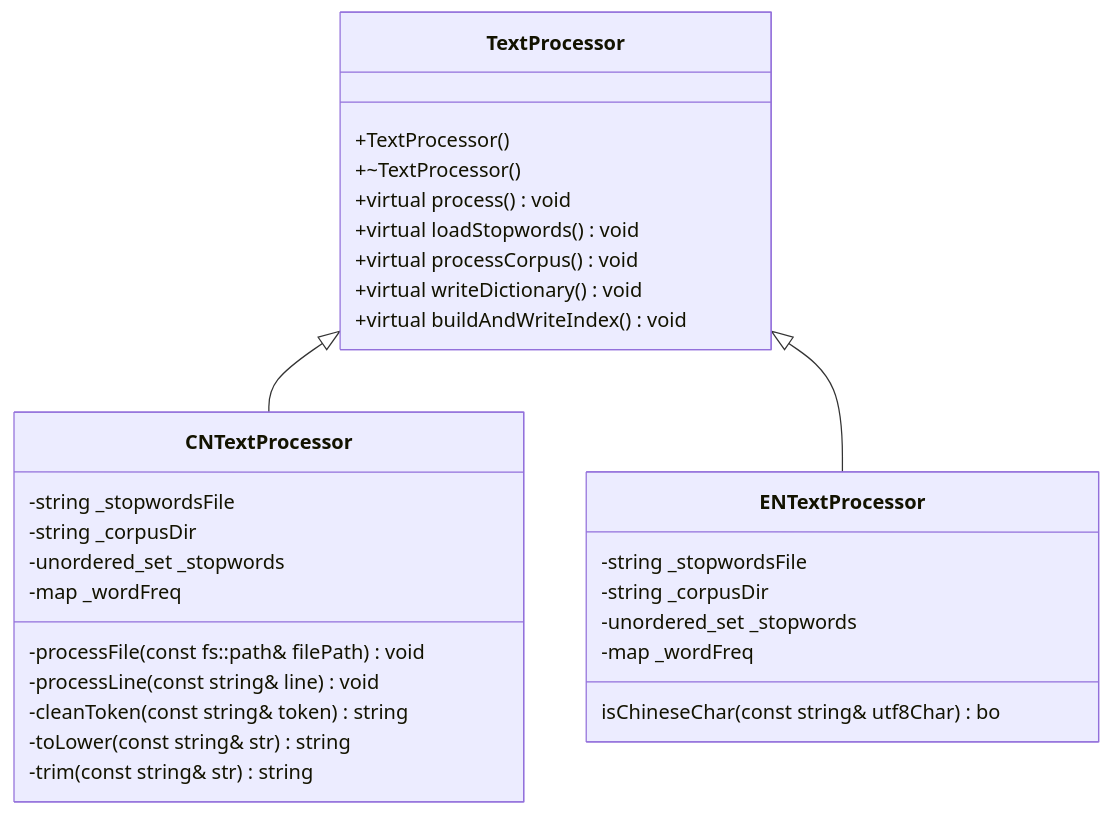
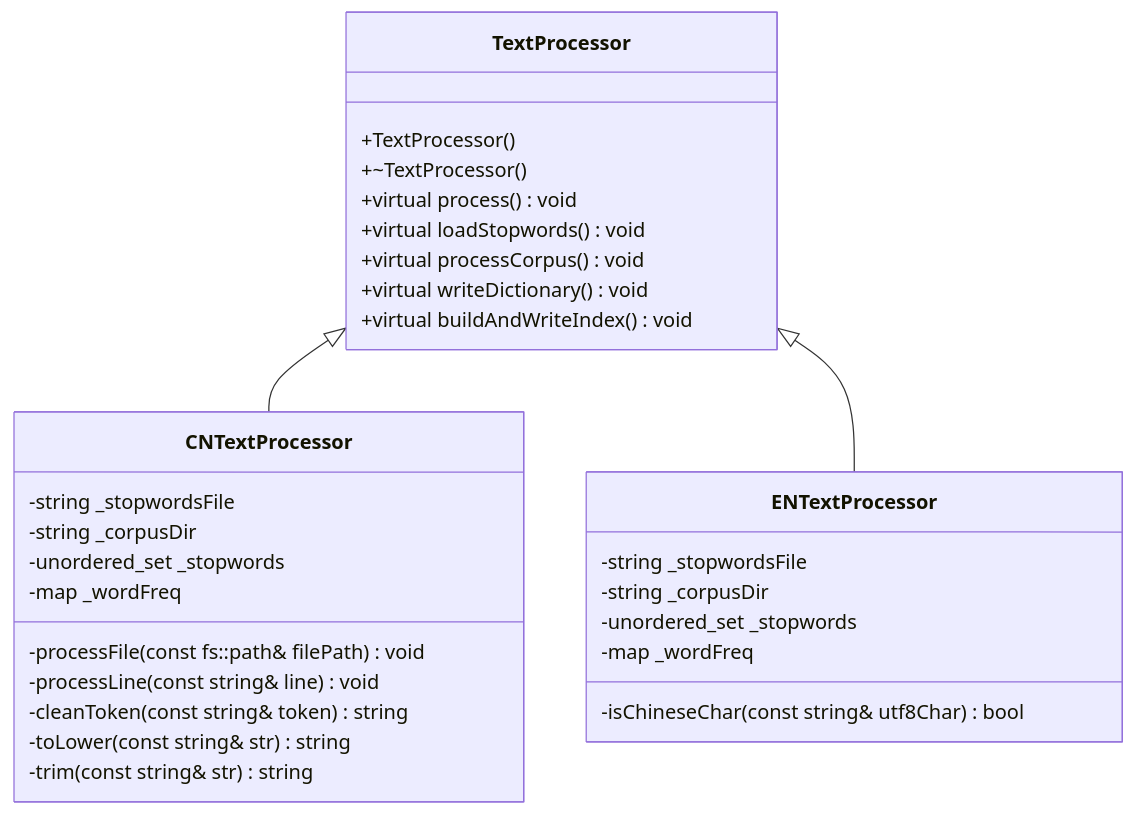
The diagram in all/未命名-1.md (Jason-DancingBoy/iodraw-files), drawn with Mermaid before and after one commit.

Commit message:
2026-01-02 21:20:58 update

````diff
--- a/all/未命名-1.md
+++ b/all/未命名-1.md
@@ -1,34 +1,34 @@
 ```mermaid
 classDiagram
     TextProcessor <|-- CNTextProcessor
     TextProcessor <|-- ENTextProcessor
     TextProcessor: +TextProcessor()
     TextProcessor: +~TextProcessor()
     TextProcessor: +virtual process() void
     TextProcessor: +virtual loadStopwords() void 
     TextProcessor: +virtual processCorpus() void
     TextProcessor: +virtual writeDictionary() void
     TextProcessor: +virtual buildAndWriteIndex() void
     class CNTextProcessor{
       -string _stopwordsFile
       -string _corpusDir
       -unordered_set<string> _stopwords
       -map<string, int> _wordFreq
       -processFile(const fs::path& filePath) void
       -processLine(const string& line) void 
       -cleanToken(const string& token) string
       -toLower(const string& str) string
       -trim(const string& str) string
     }
     class ENTextProcessor{
       -string _stopwordsFile
       -string _corpusDir
       -unordered_set<string> _stopwords
       -map<string, int> _wordFreq
-     isChineseChar(const string& utf8Char) bo
+      -isChineseChar(const string& utf8Char) bool
     }
     %%  string _stopwordsFile; // 存放停用词文件名
     %%  string _corpusDir; // 存放语料库目录
     %%  unordered_set<string> _stopwords; // 用来存放停用词
     %%  map<string, int> _wordFreq;
 ```
````
